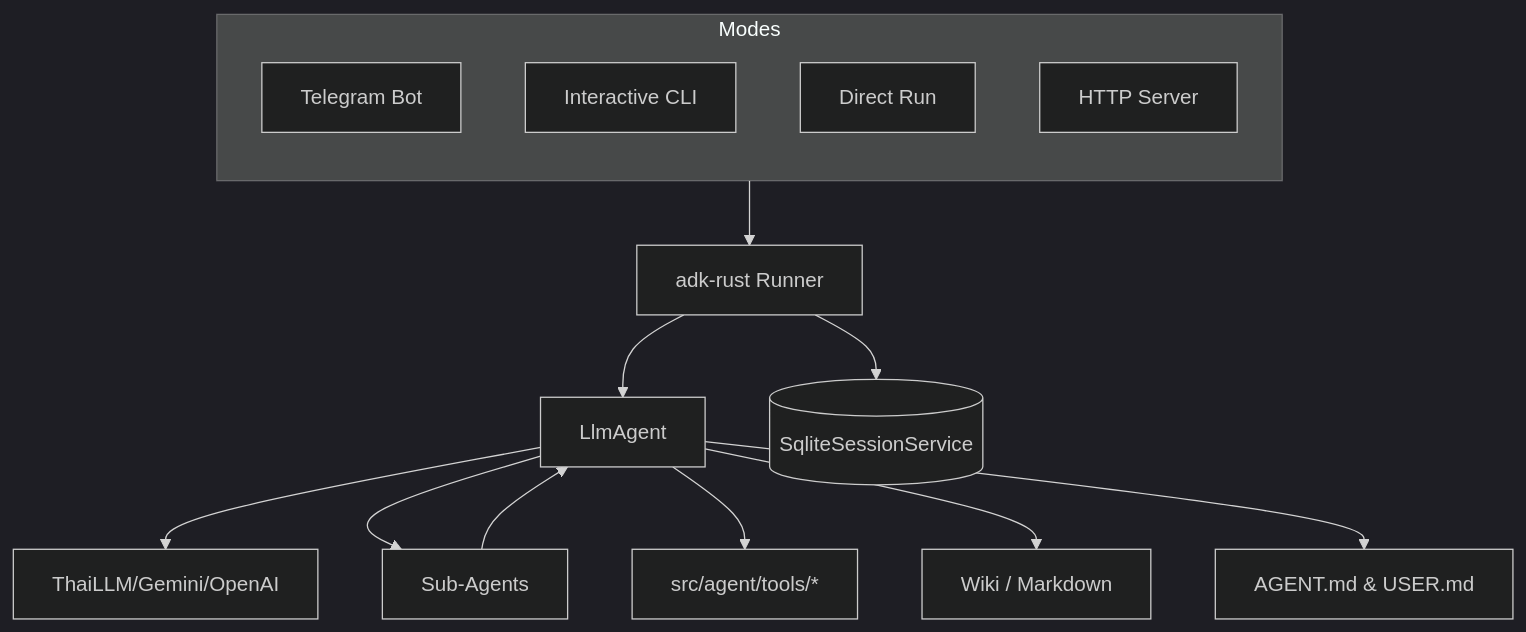
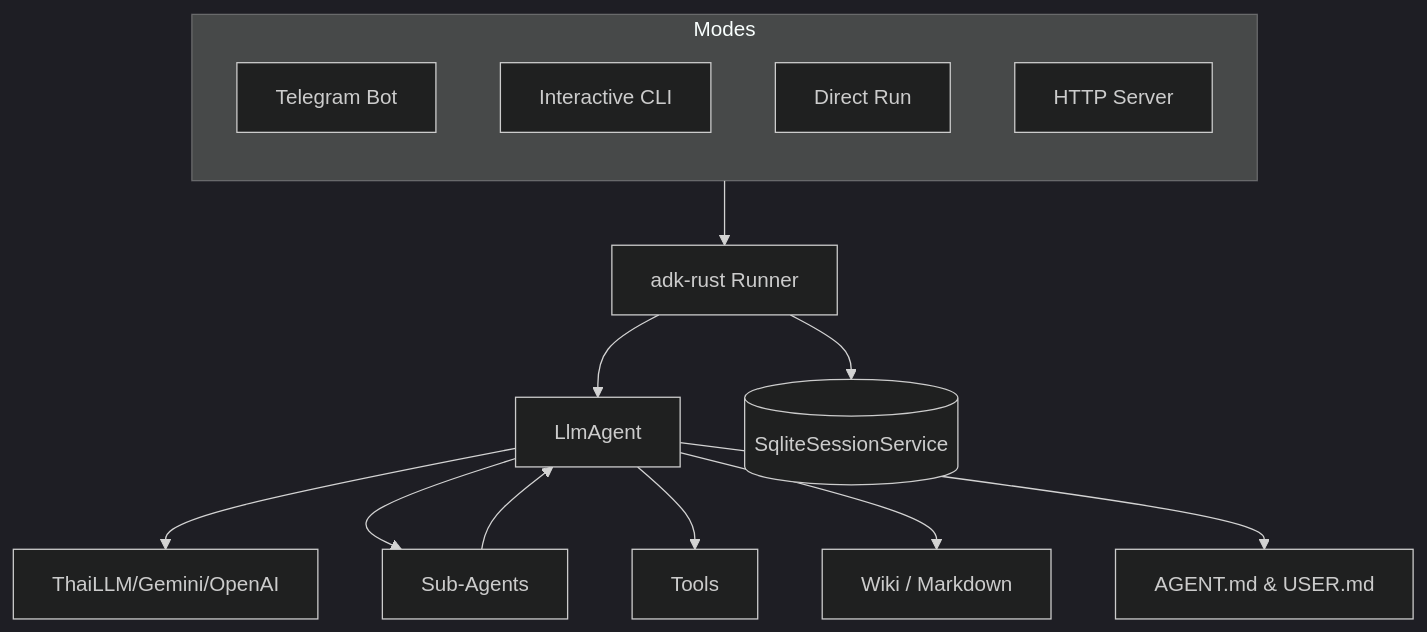
Before and after one commit to anoochit/telegram_bot: the diagram in README.md, drawn with Mermaid (dark theme). The commit also changed other lines of this file, not shown here.

Commit message:
docs: fix numbering and diagram label in README

````diff
--- a/README.md
+++ b/README.md
@@ -62,23 +63,23 @@
 ```mermaid
 graph TD
     subgraph EntryPoints [Modes]
         direction TB
         Bot[Telegram Bot]
         CLI[Interactive CLI]
         Run[Direct Run]
         Server[HTTP Server]
     end
 
     EntryPoints --> Runner[adk-rust Runner]
     
     Runner --> Agent[LlmAgent]
     Runner --> DB[(SqliteSessionService)]
     
     Agent --> LLM[ThaiLLM/Gemini/OpenAI]
     Agent --> SubAgents[Sub-Agents]
-    Agent --> Tools[src/agent/tools/*]
+    Agent --> Tools[Tools]
     Agent --> Wiki[Wiki / Markdown]
     Agent --> Persona[AGENT.md & USER.md]
     
     SubAgents --> Agent
 ```
````
